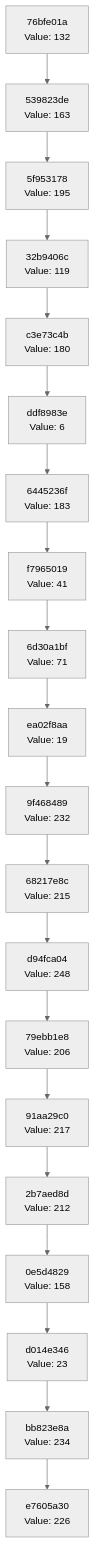
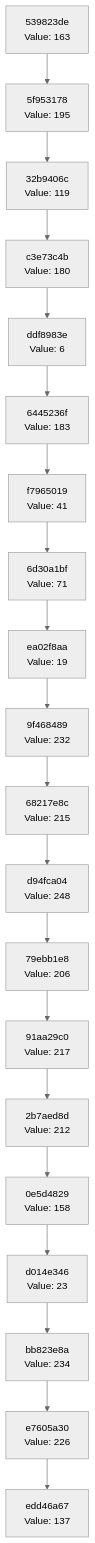
Before and after one commit to Abhisheksinha1506/hash-chain-evolver: the diagram in docs/CHAIN_VISUALIZATION.md, drawn with Mermaid (neutral theme). The commit also changed 2 other files, not shown here.

Commit message:
Evolution step: hash 0x89 → action executed

````diff
--- a/docs/CHAIN_VISUALIZATION.md
+++ b/docs/CHAIN_VISUALIZATION.md
@@ -3,42 +3,42 @@
 ```mermaid
 graph TD
-    C0["e7605a30<br/>Value: 226"]
-    C1["bb823e8a<br/>Value: 234"]
+    C0["edd46a67<br/>Value: 137"]
+    C1["e7605a30<br/>Value: 226"]
     C1 --> C0
-    C2["d014e346<br/>Value: 23"]
+    C2["bb823e8a<br/>Value: 234"]
     C2 --> C1
-    C3["0e5d4829<br/>Value: 158"]
+    C3["d014e346<br/>Value: 23"]
     C3 --> C2
-    C4["2b7aed8d<br/>Value: 212"]
+    C4["0e5d4829<br/>Value: 158"]
     C4 --> C3
-    C5["91aa29c0<br/>Value: 217"]
+    C5["2b7aed8d<br/>Value: 212"]
     C5 --> C4
-    C6["79ebb1e8<br/>Value: 206"]
+    C6["91aa29c0<br/>Value: 217"]
     C6 --> C5
-    C7["d94fca04<br/>Value: 248"]
+    C7["79ebb1e8<br/>Value: 206"]
     C7 --> C6
-    C8["68217e8c<br/>Value: 215"]
+    C8["d94fca04<br/>Value: 248"]
     C8 --> C7
-    C9["9f468489<br/>Value: 232"]
+    C9["68217e8c<br/>Value: 215"]
     C9 --> C8
-    C10["ea02f8aa<br/>Value: 19"]
+    C10["9f468489<br/>Value: 232"]
     C10 --> C9
-    C11["6d30a1bf<br/>Value: 71"]
+    C11["ea02f8aa<br/>Value: 19"]
     C11 --> C10
-    C12["f7965019<br/>Value: 41"]
+    C12["6d30a1bf<br/>Value: 71"]
     C12 --> C11
-    C13["6445236f<br/>Value: 183"]
+    C13["f7965019<br/>Value: 41"]
     C13 --> C12
-    C14["ddf8983e<br/>Value: 6"]
+    C14["6445236f<br/>Value: 183"]
     C14 --> C13
-    C15["c3e73c4b<br/>Value: 180"]
+    C15["ddf8983e<br/>Value: 6"]
     C15 --> C14
-    C16["32b9406c<br/>Value: 119"]
+    C16["c3e73c4b<br/>Value: 180"]
     C16 --> C15
-    C17["5f953178<br/>Value: 195"]
+    C17["32b9406c<br/>Value: 119"]
     C17 --> C16
-    C18["539823de<br/>Value: 163"]
+    C18["5f953178<br/>Value: 195"]
     C18 --> C17
-    C19["76bfe01a<br/>Value: 132"]
+    C19["539823de<br/>Value: 163"]
     C19 --> C18
 ```
````
